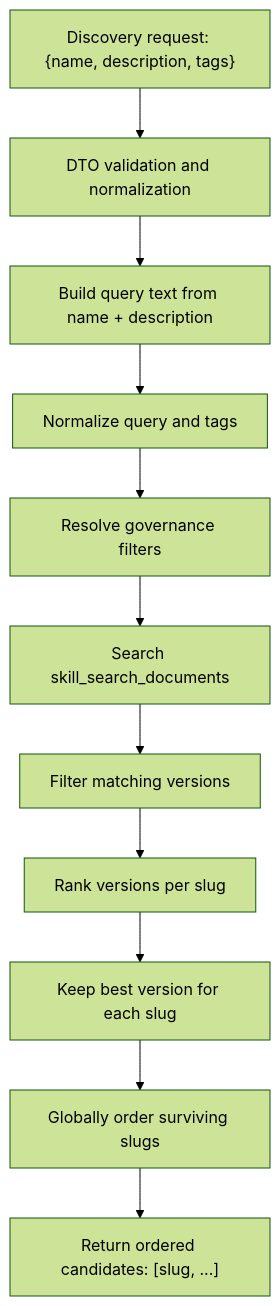
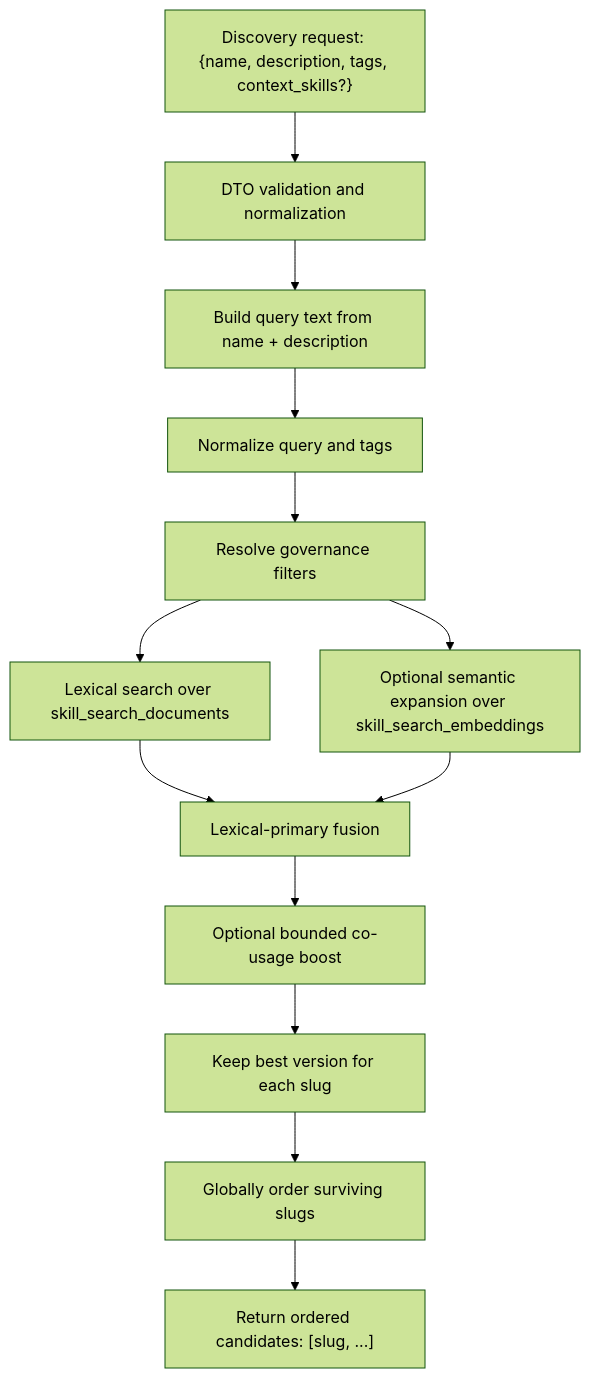
The diagram in docs/architecture/discovery-and-ranking.md (aptitude-stack/registery), drawn with Mermaid (forest theme) before and after one commit. The commit also changed other lines of this file and 38 other files, not shown here.

````diff
--- a/docs/architecture/discovery-and-ranking.md
+++ b/docs/architecture/discovery-and-ranking.md
@@ -17,13 +17,15 @@
 ```mermaid
 flowchart TD
-    A["Discovery request: {name, description, tags}"] --> B["DTO validation and normalization"]
+    A["Discovery request: {name, description, tags, context_skills?}"] --> B["DTO validation and normalization"]
     B --> C["Build query text from name + description"]
     C --> D["Normalize query and tags"]
     D --> E["Resolve governance filters"]
-    E --> F["Search skill_search_documents"]
-    F --> G["Filter matching versions"]
-    G --> H["Rank versions per slug"]
-    H --> I["Keep best version for each slug"]
-    I --> J["Globally order surviving slugs"]
-    J --> K["Return ordered candidates: [slug, ...]"]
+    E --> F["Lexical search over skill_search_documents"]
+    E --> G["Optional semantic expansion over skill_search_embeddings"]
+    F --> H["Lexical-primary fusion"]
+    G --> H
+    H --> I["Optional bounded co-usage boost"]
+    I --> J["Keep best version for each slug"]
+    J --> K["Globally order surviving slugs"]
+    K --> L["Return ordered candidates: [slug, ...]"]
 ```
````
